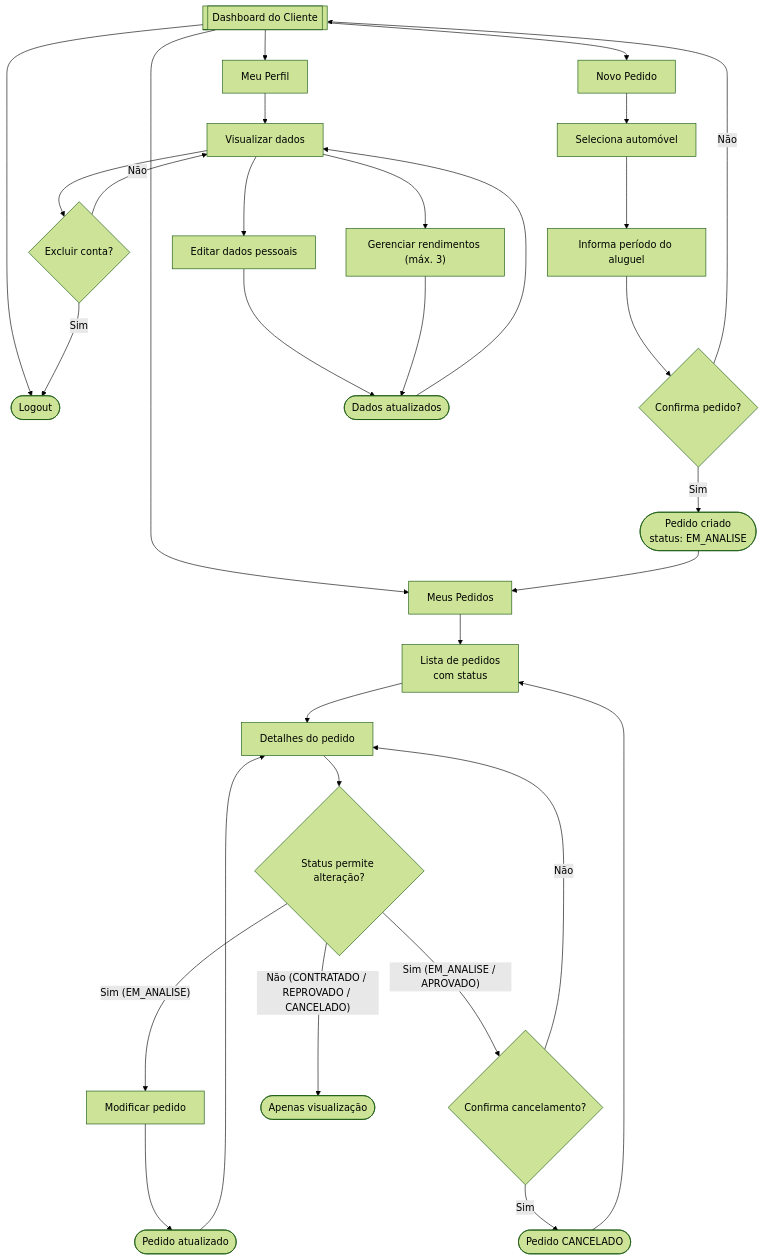
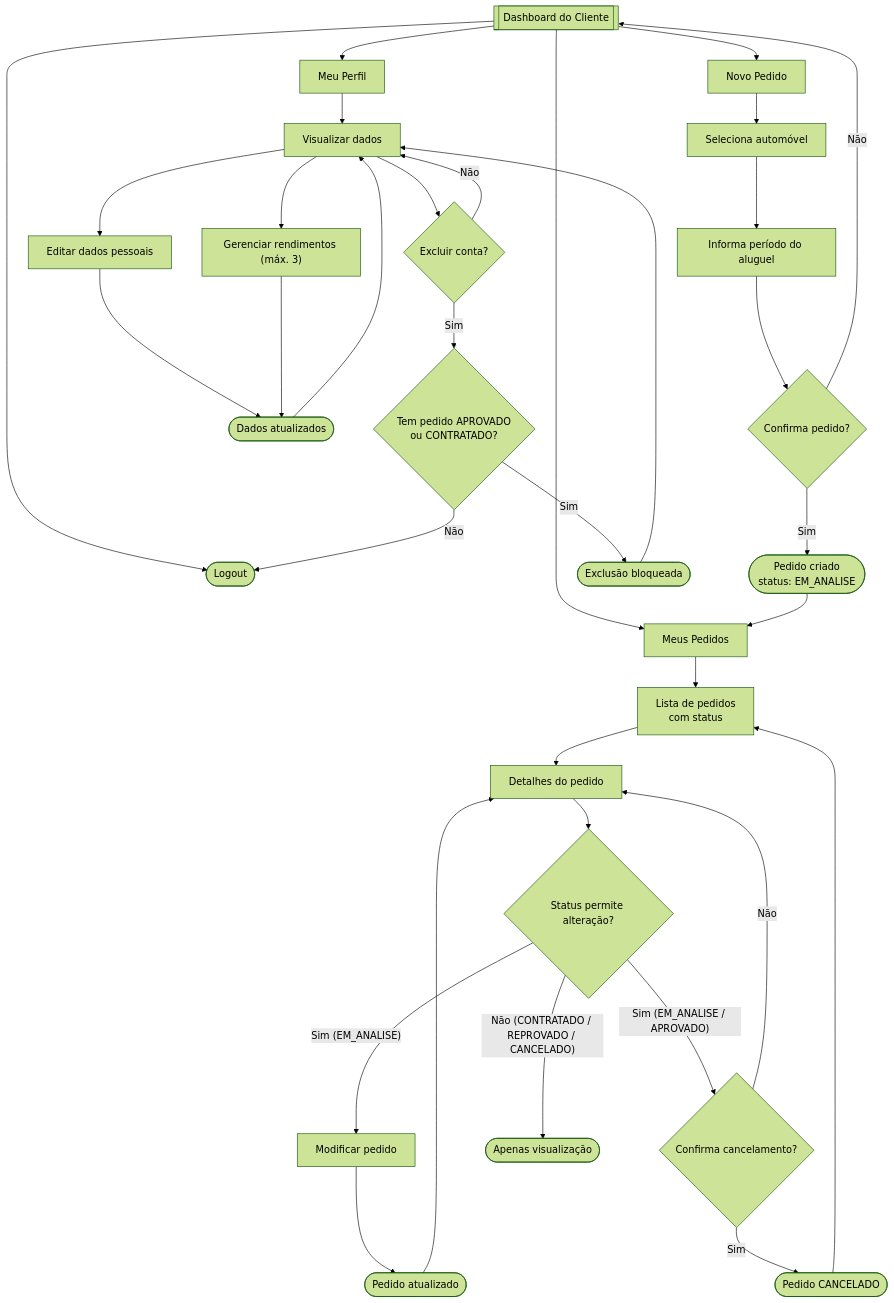
The second of 4 diagrams in docs/user-flow/user-flow.md (sophiafernandesc/car-rental-system), drawn with Mermaid (forest theme) before and after one commit. The commit also changed other lines of this file and 5 other files, not shown here.

Commit message:
docs: atualiza README, user flow, histórias e classes v2 após revisão

````diff
--- a/docs/user-flow/user-flow.md
+++ b/docs/user-flow/user-flow.md
@@ -36,36 +36,38 @@
 ```mermaid
 flowchart TD
     A[[Dashboard do Cliente]] --> B[Meus Pedidos]
     A --> C[Novo Pedido]
     A --> D[Meu Perfil]
     A --> Z([Logout])
 
     %% Novo pedido
     C --> C1[Seleciona automóvel]
     C1 --> C2[Informa período do aluguel]
     C2 --> C3{Confirma pedido?}
     C3 -- Não --> A
     C3 -- Sim --> C4(["Pedido criado<br/>status: EM_ANALISE"])
     C4 --> B
 
     %% Consulta
     B --> B1["Lista de pedidos<br/>com status"]
     B1 --> B2[Detalhes do pedido]
     B2 --> B3{Status permite alteração?}
     B3 -- "Sim (EM_ANALISE)" --> B4[Modificar pedido]
     B4 --> B5([Pedido atualizado]) --> B2
     B3 -- "Sim (EM_ANALISE / APROVADO)" --> B6{Confirma cancelamento?}
     B6 -- Sim --> B7(["Pedido CANCELADO"]) --> B1
     B6 -- Não --> B2
     B3 -- "Não (CONTRATADO / REPROVADO / CANCELADO)" --> B8([Apenas visualização])
 
     %% Perfil
     D --> D1[Visualizar dados]
     D1 --> D2[Editar dados pessoais]
     D1 --> D3["Gerenciar rendimentos (máx. 3)"]
     D1 --> D4{Excluir conta?}
     D2 --> D5([Dados atualizados]) --> D1
     D3 --> D5
-    D4 -- Sim --> Z
+    D4 -- Sim --> D6{"Tem pedido APROVADO<br/>ou CONTRATADO?"}
+    D6 -- Sim --> D7(["Exclusão bloqueada"]) --> D1
+    D6 -- Não --> Z
     D4 -- Não --> D1
 ```
````
